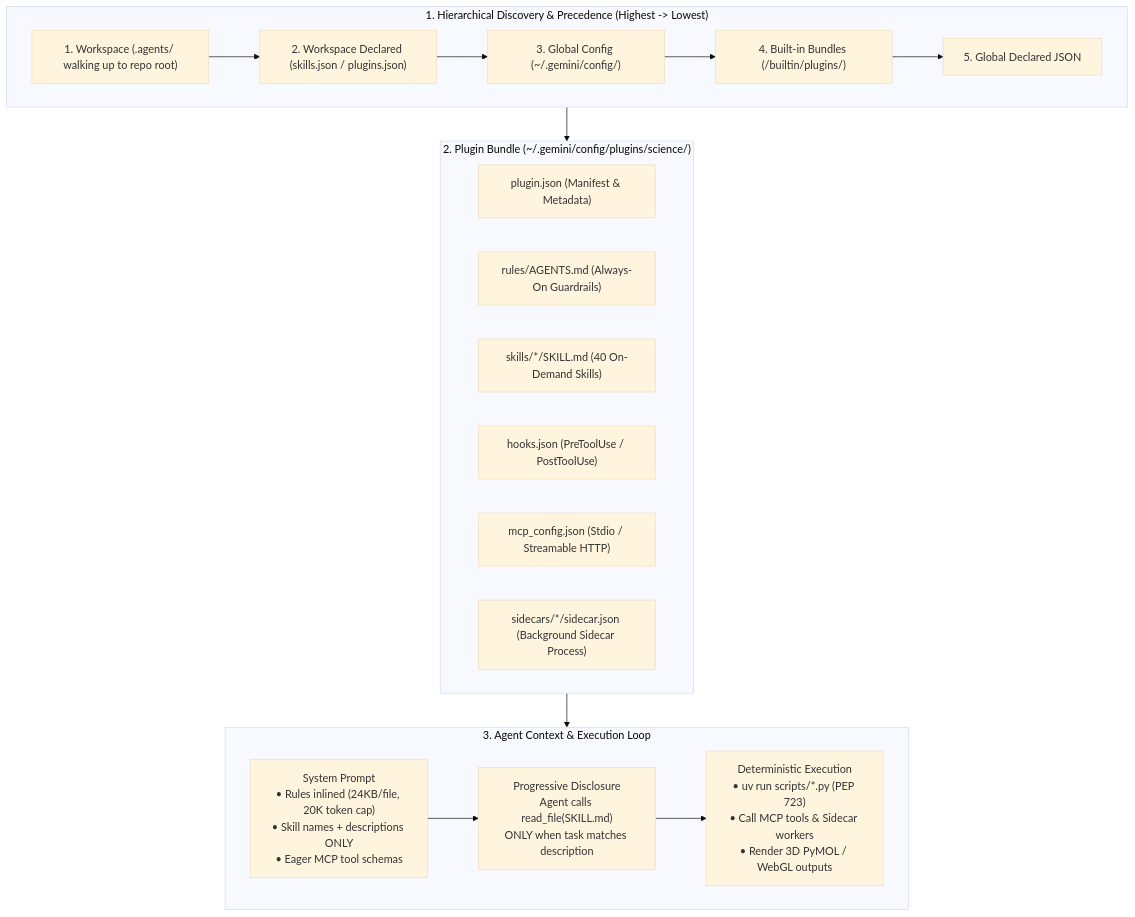
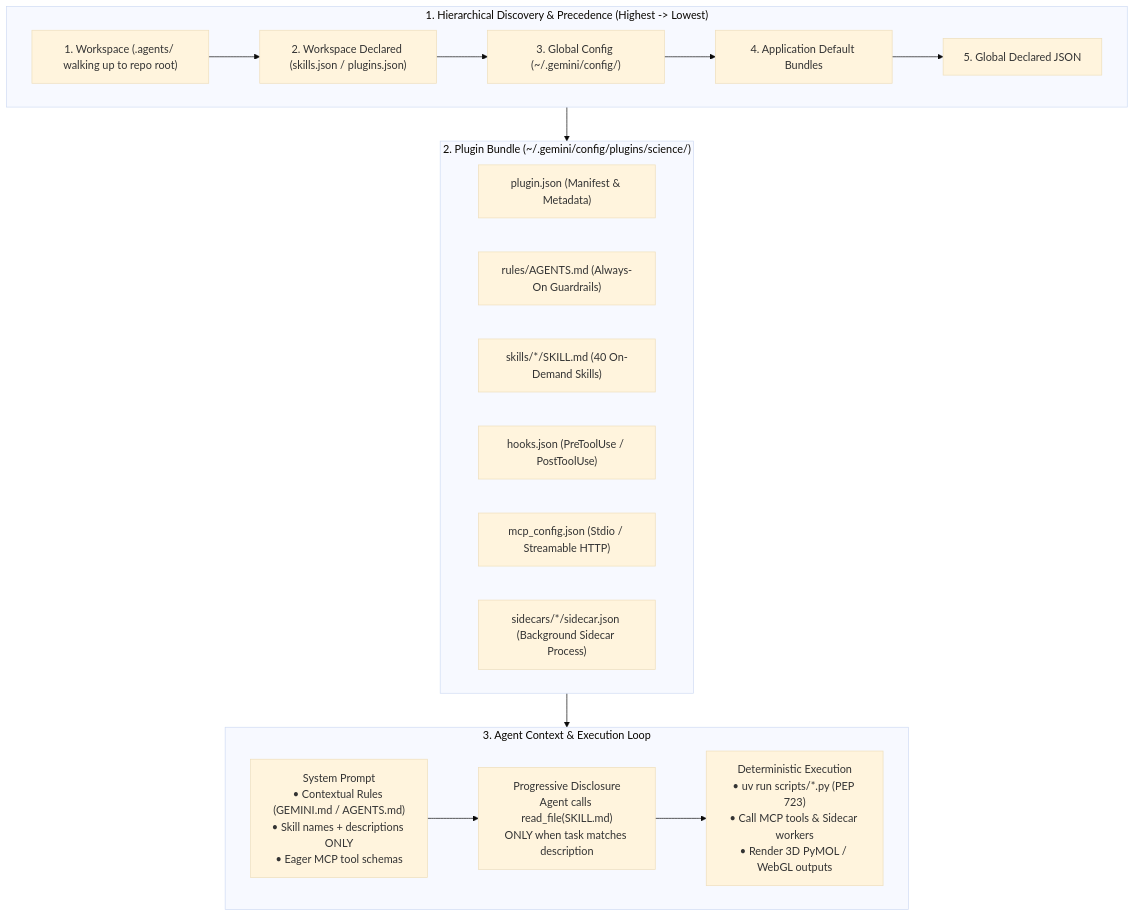
One commit to RobinaMirbahar/antigravity-science-plugin-cookbook changed the first of 2 diagrams in DEVTO_ANTIGRAVITY_SCIENCE_PLUGIN_GUIDE.md. Above: the diagram before and after it, drawn with Mermaid (base theme). The commit also changed other lines of this file and 8 other files, not shown here.

Commit message:
Remove internal token/byte cap figures and generate clean publishing-kit Medium HTML + 2x table/diagram PNGs

````diff
--- a/DEVTO_ANTIGRAVITY_SCIENCE_PLUGIN_GUIDE.md
+++ b/DEVTO_ANTIGRAVITY_SCIENCE_PLUGIN_GUIDE.md
@@ -32,29 +32,29 @@
 ```mermaid
 flowchart TB
     subgraph Discovery["1. Hierarchical Discovery & Precedence (Highest -> Lowest)"]
         P1["1. Workspace (.agents/ walking up to repo root)"]
         P2["2. Workspace Declared (skills.json / plugins.json)"]
         P3["3. Global Config (~/.gemini/config/)"]
-        P4["4. Built-in Bundles (/builtin/plugins/)"]
+        P4["4. Application Default Bundles"]
         P5["5. Global Declared JSON"]
         P1 --> P2 --> P3 --> P4 --> P5
     end
 
     subgraph Bundle["2. Plugin Bundle (~/.gemini/config/plugins/science/)"]
         Manifest["plugin.json (Manifest & Metadata)"]
         Rules["rules/AGENTS.md (Always-On Guardrails)"]
         Skills["skills/*/SKILL.md (40 On-Demand Skills)"]
         Hooks["hooks.json (PreToolUse / PostToolUse)"]
         MCP["mcp_config.json (Stdio / Streamable HTTP)"]
         Sidecar["sidecars/*/sidecar.json (Background Sidecar Process)"]
     end
 
     subgraph Runtime["3. Agent Context & Execution Loop"]
-        SysPrompt["System Prompt\n• Rules inlined (24KB/file, 20K token cap)\n• Skill names + descriptions ONLY\n• Eager MCP tool schemas"]
+        SysPrompt["System Prompt\n• Contextual Rules (GEMINI.md / AGENTS.md)\n• Skill names + descriptions ONLY\n• Eager MCP tool schemas"]
         Activate["Progressive Disclosure\nAgent calls read_file(SKILL.md)\nONLY when task matches description"]
         Exec["Deterministic Execution\n• uv run scripts/*.py (PEP 723)\n• Call MCP tools & Sidecar workers\n• Render 3D PyMOL / WebGL outputs"]
         SysPrompt --> Activate --> Exec
     end
 
     Discovery --> Bundle --> Runtime
 ```
````
